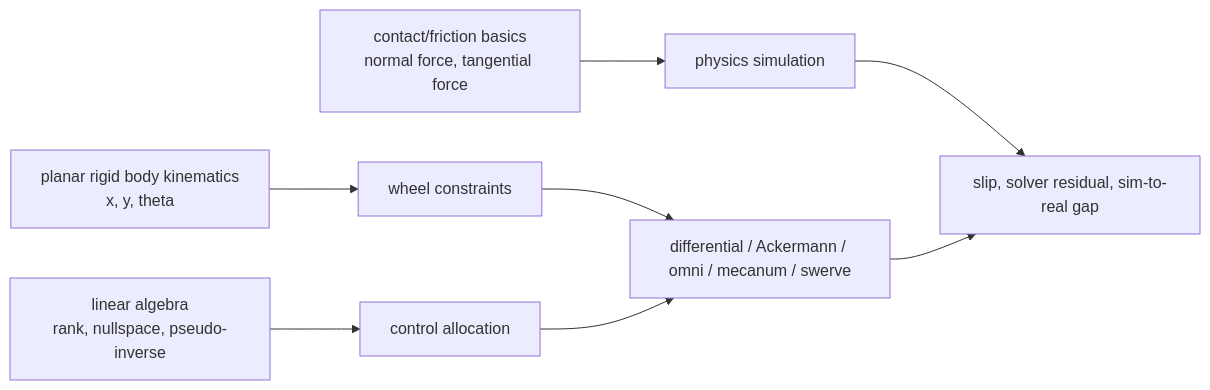
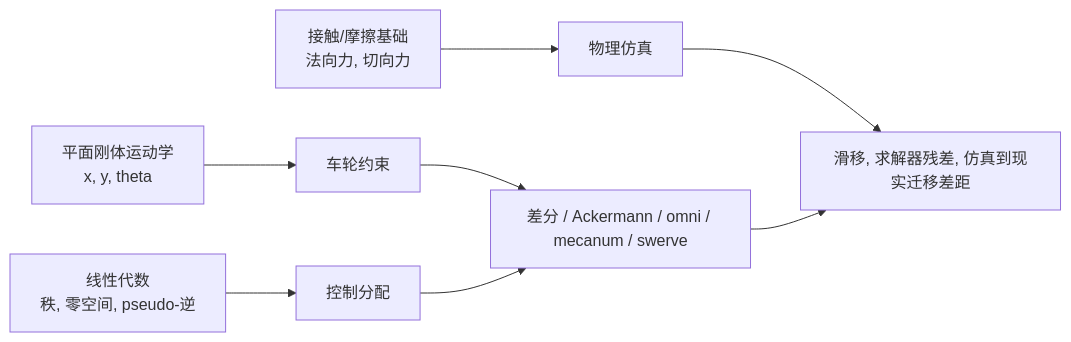
One commit to niuverse/llm-wiki changed the diagram in wiki/syntheses/wheeled-robot-modeling-learning-map.md. Above: the diagram before and after it, drawn with Mermaid. The commit also changed other lines of this file and 123 other files, not shown here.

````diff
--- a/wiki/syntheses/wheeled-robot-modeling-learning-map.md
+++ b/wiki/syntheses/wheeled-robot-modeling-learning-map.md
@@ -21,10 +21,10 @@
 ```mermaid
 flowchart LR
-  A["planar rigid body kinematics<br/>x, y, theta"] --> D["wheel constraints"]
-  B["linear algebra<br/>rank, nullspace, pseudo-inverse"] --> E["control allocation"]
-  C["contact/friction basics<br/>normal force, tangential force"] --> F["physics simulation"]
-  D --> G["differential / Ackermann / omni / mecanum / swerve"]
+  A["平面刚体运动学<br/>x, y, theta"] --> D["车轮约束"]
+  B["线性代数<br/>秩, 零空间, pseudo-逆"] --> E["控制分配"]
+  C["接触/摩擦基础<br/>法向力, 切向力"] --> F["物理仿真"]
+  D --> G["差分 / Ackermann / omni / mecanum / swerve"]
   E --> G
-  F --> H["slip, solver residual, sim-to-real gap"]
+  F --> H["滑移, 求解器残差, 仿真到现实迁移差距"]
   G --> H
 ```
````
